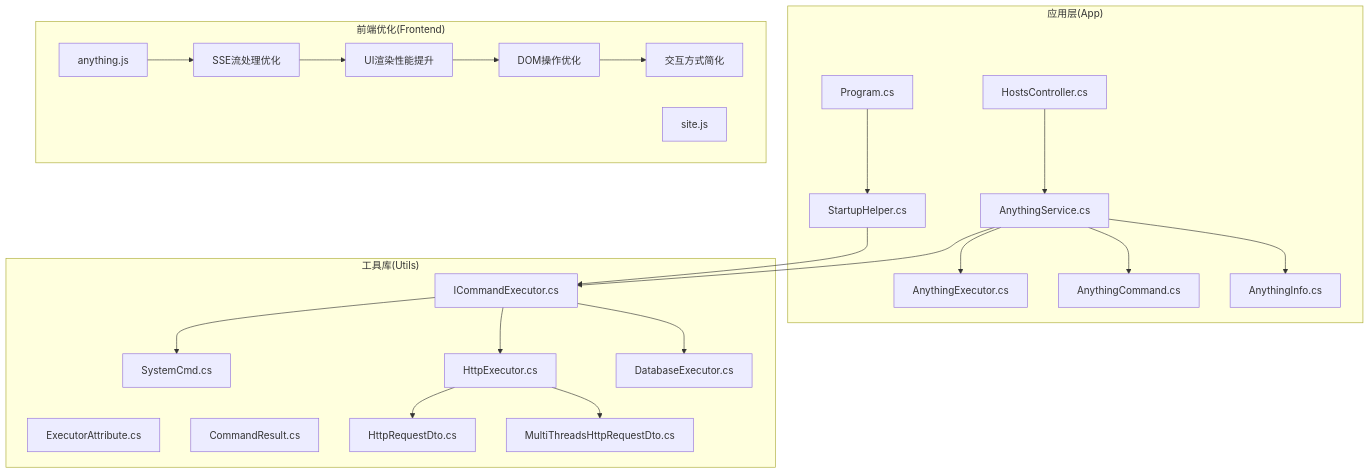
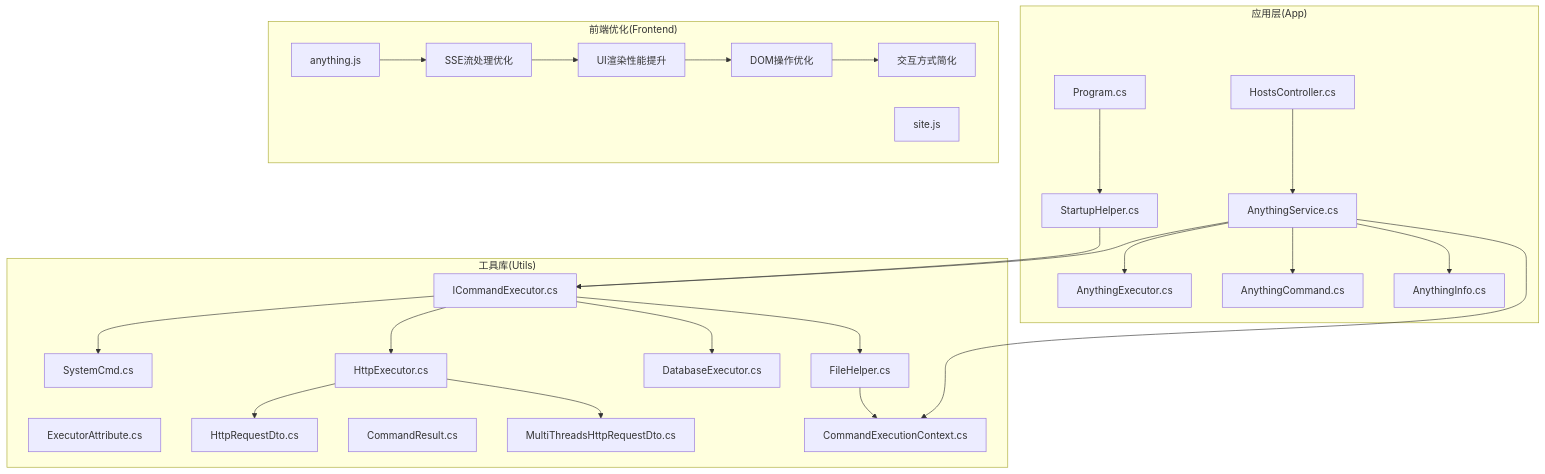
The first of 12 diagrams in .qoder/repowiki/zh/content/远程主机管理模块/命令执行器系统.md (Sosososolong/AirGo), drawn with Mermaid before and after one commit. The commit also changed other lines of this file and 7 other files, not shown here.

````diff
--- a/.qoder/repowiki/zh/content/远程主机管理模块/命令执行器系统.md
+++ b/.qoder/repowiki/zh/content/远程主机管理模块/命令执行器系统.md
@@ -51,46 +55,51 @@
 ```mermaid
 graph TB
 subgraph "应用层(App)"
 PC["Program.cs"]
 SH["StartupHelper.cs"]
 HC["HostsController.cs"]
 AS["AnythingService.cs"]
 AE["AnythingExecutor.cs"]
 AC["AnythingCommand.cs"]
 AI["AnythingInfo.cs"]
 end
 subgraph "工具库(Utils)"
 IEC["ICommandExecutor.cs"]
 EXA["ExecutorAttribute.cs"]
 SYS["SystemCmd.cs"]
 HTTP["HttpExecutor.cs"]
 DBE["DatabaseExecutor.cs"]
+FHE["FileHelper.cs"]
+CEC["CommandExecutionContext.cs"]
 CR["CommandResult.cs"]
 HREQ["HttpRequestDto.cs"]
 MREQ["MultiThreadsHttpRequestDto.cs"]
 end
 subgraph "前端优化(Frontend)"
 AJAX["anything.js"]
 SITE["site.js"]
 SSE["SSE流处理优化"]
 PERF["UI渲染性能提升"]
 DOM["DOM操作优化"]
 INTERACT["交互方式简化"]
 end
 PC --> SH
 SH --> IEC
 IEC --> SYS
 IEC --> HTTP
 IEC --> DBE
+IEC --> FHE
 AS --> IEC
 AS --> AE
 AS --> AC
 AS --> AI
+AS --> CEC
 HC --> AS
 HTTP --> HREQ
 HTTP --> MREQ
+FHE --> CEC
 AJAX --> SSE
 SSE --> PERF
 PERF --> DOM
 DOM --> INTERACT
 ```
````
